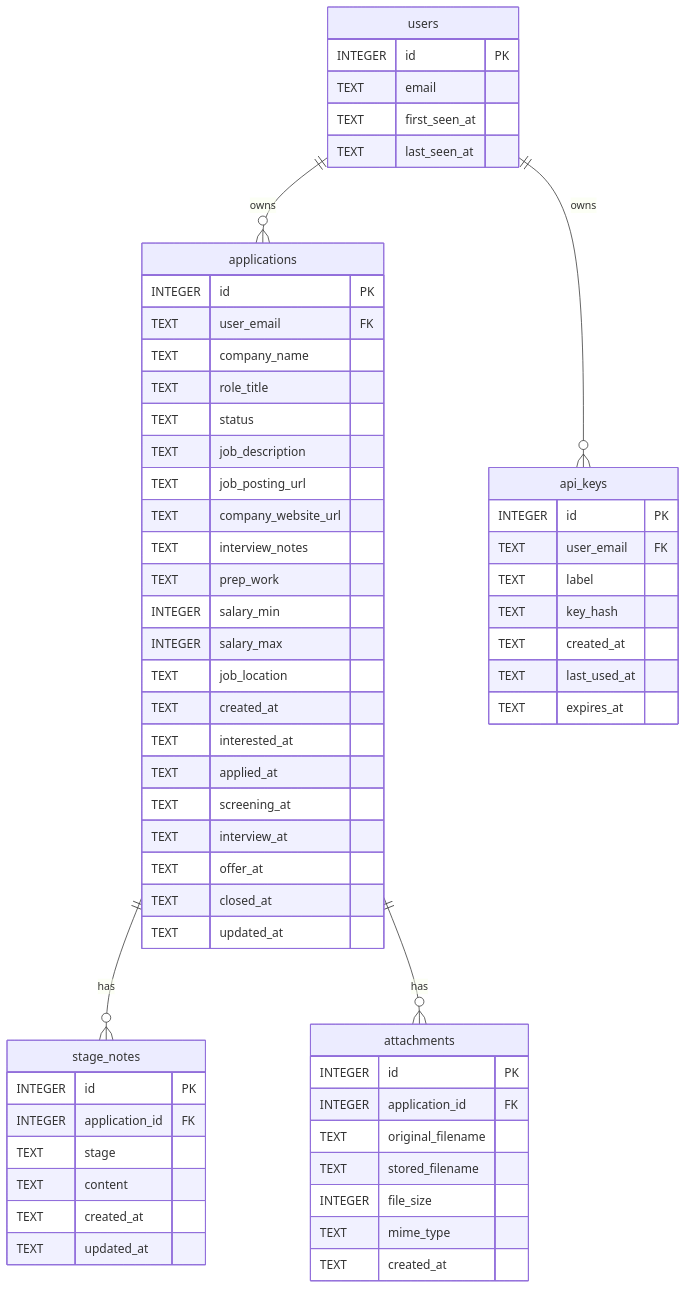
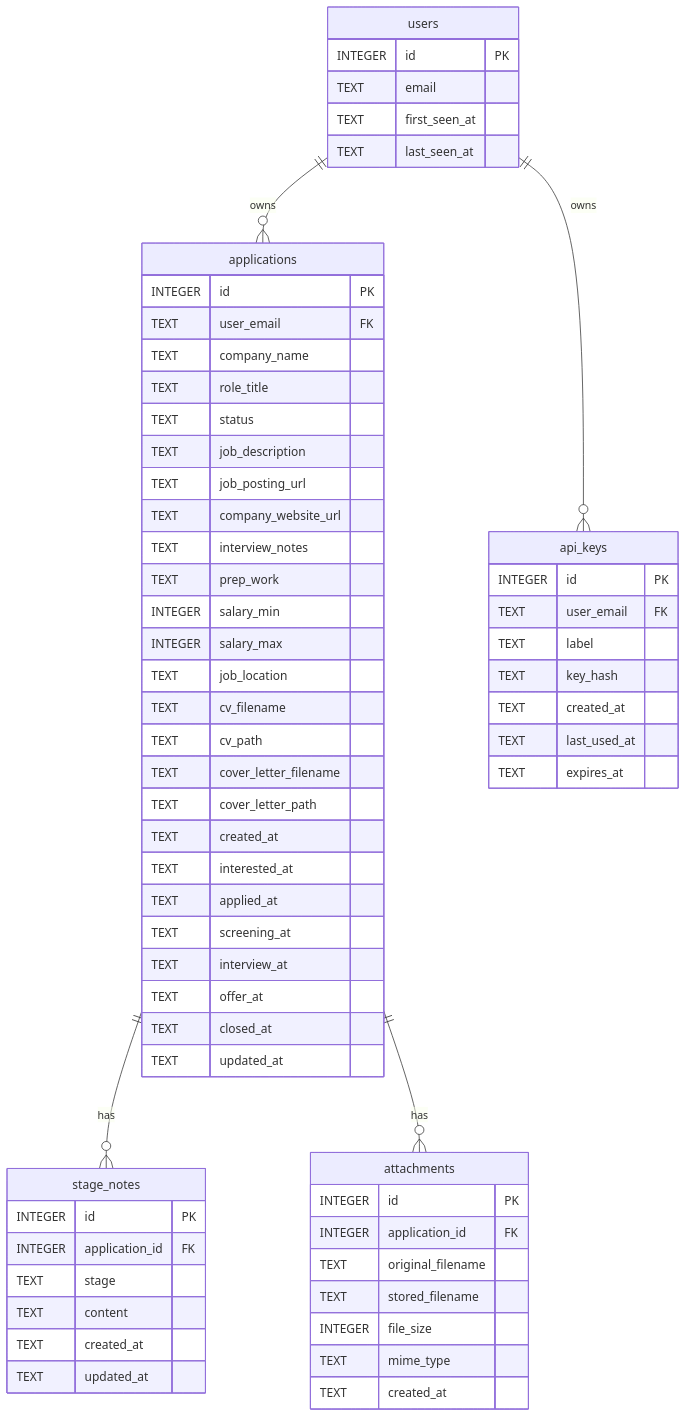
The fourth of 6 diagrams in ARCHITECTURE.md (fergus/job-tracker), drawn with Mermaid before and after one commit. The commit also changed other lines of this file and 2 other files, not shown here.

First line of the commit message:
docs: tidy up file type lists, schema, and API reference

````diff
--- a/ARCHITECTURE.md
+++ b/ARCHITECTURE.md
@@ -85,67 +85,71 @@
 ```mermaid
 erDiagram
     users {
         INTEGER id PK
         TEXT email
         TEXT first_seen_at
         TEXT last_seen_at
     }
 
     applications {
         INTEGER id PK
         TEXT user_email FK
         TEXT company_name
         TEXT role_title
         TEXT status
         TEXT job_description
         TEXT job_posting_url
         TEXT company_website_url
         TEXT interview_notes
         TEXT prep_work
         INTEGER salary_min
         INTEGER salary_max
         TEXT job_location
+        TEXT cv_filename
+        TEXT cv_path
+        TEXT cover_letter_filename
+        TEXT cover_letter_path
         TEXT created_at
         TEXT interested_at
         TEXT applied_at
         TEXT screening_at
         TEXT interview_at
         TEXT offer_at
         TEXT closed_at
         TEXT updated_at
     }
 
     stage_notes {
         INTEGER id PK
         INTEGER application_id FK
         TEXT stage
         TEXT content
         TEXT created_at
         TEXT updated_at
     }
 
     attachments {
         INTEGER id PK
         INTEGER application_id FK
         TEXT original_filename
         TEXT stored_filename
         INTEGER file_size
         TEXT mime_type
         TEXT created_at
     }
 
     api_keys {
         INTEGER id PK
         TEXT user_email FK
         TEXT label
         TEXT key_hash
         TEXT created_at
         TEXT last_used_at
         TEXT expires_at
     }
 
     users ||--o{ applications : "owns"
     users ||--o{ api_keys : "owns"
     applications ||--o{ stage_notes : "has"
     applications ||--o{ attachments : "has"
 ```
````
